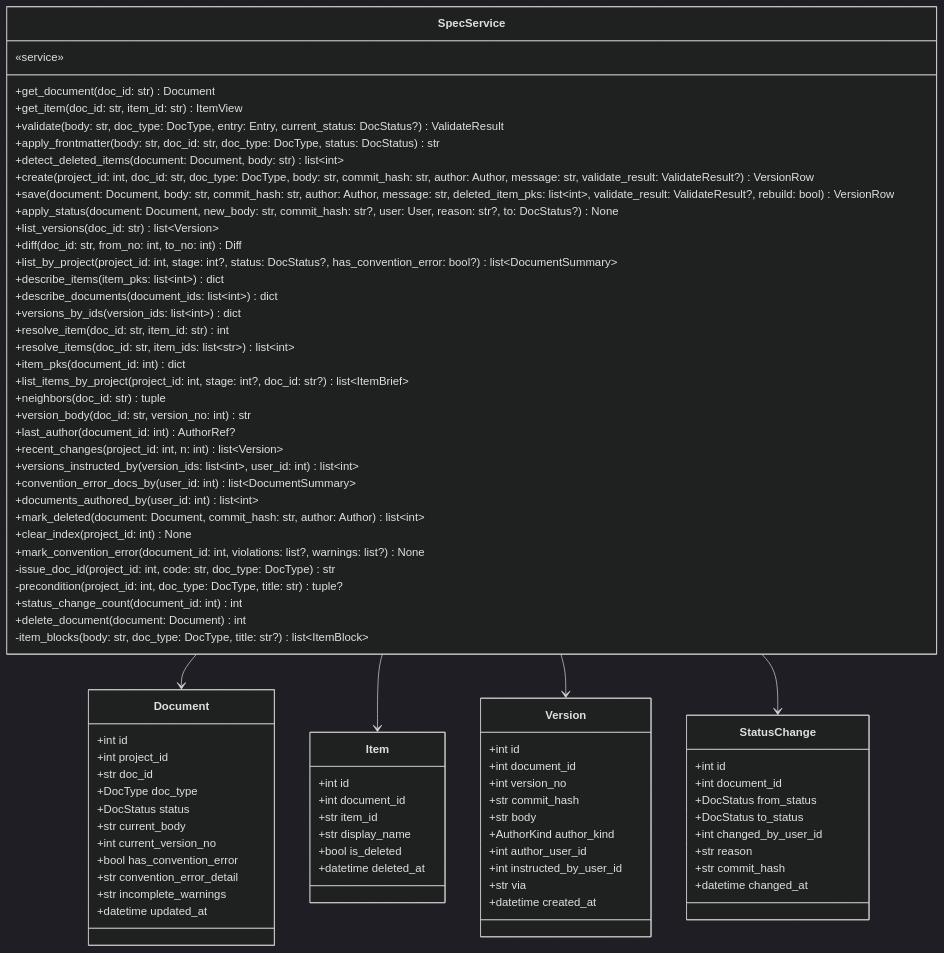
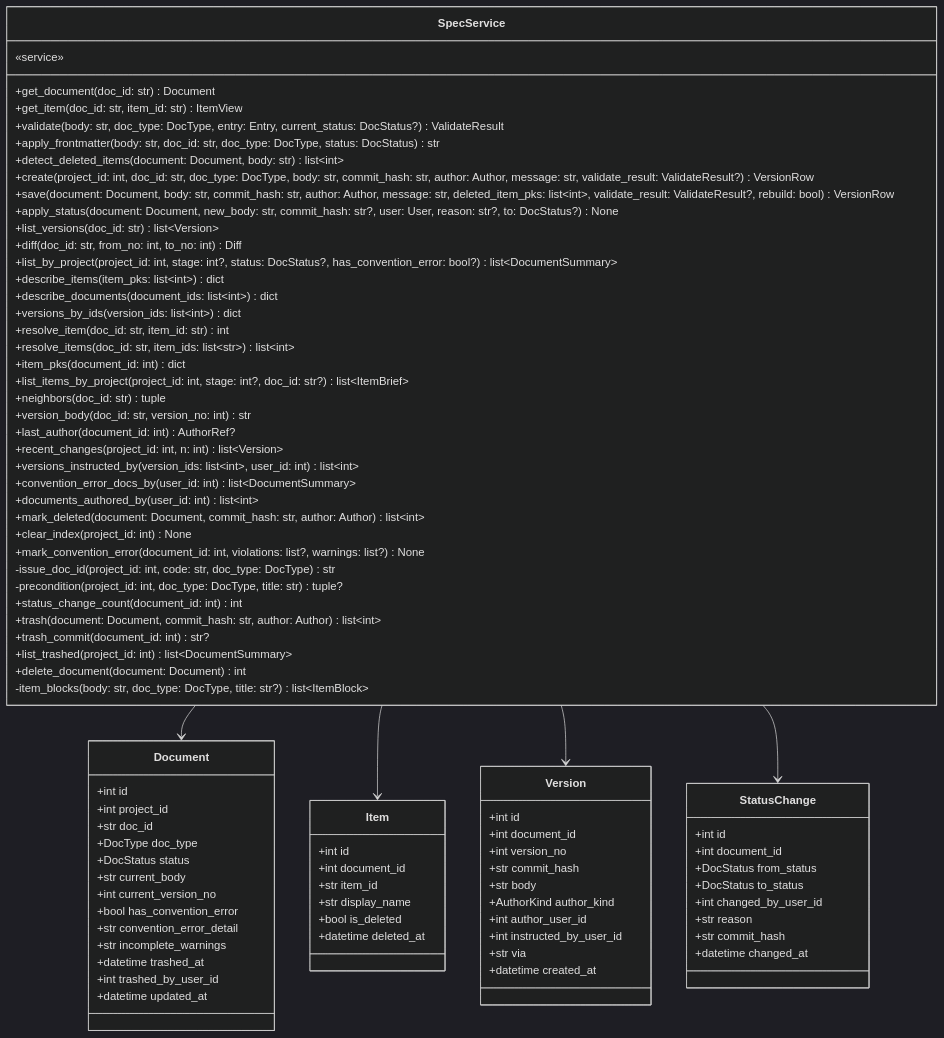
One commit to HoyoungParkme/syncdoc changed diagram 17 of 21 in docs/specs/06-DOM/SYNC-DOM-002.md. Above: the diagram before and after it, drawn with Mermaid (dark theme). The commit also changed other lines of this file and 37 other files, not shown here.

```diff
--- a/docs/specs/06-DOM/SYNC-DOM-002.md
+++ b/docs/specs/06-DOM/SYNC-DOM-002.md
@@ -648,6 +650,9 @@
         -issue_doc_id(project_id: int, code: str, doc_type: DocType) str
         -precondition(project_id: int, doc_type: DocType, title: str) tuple?
         +status_change_count(document_id: int) int
+        +trash(document: Document, commit_hash: str, author: Author) list~int~
+        +trash_commit(document_id: int) str?
+        +list_trashed(project_id: int) list~DocumentSummary~
         +delete_document(document: Document) int
         -item_blocks(body: str, doc_type: DocType, title: str?) list~ItemBlock~
     }
@@ -662,6 +667,8 @@
         +bool has_convention_error
         +str convention_error_detail
         +str incomplete_warnings
+        +datetime trashed_at
+        +int trashed_by_user_id
         +datetime updated_at
     }
     class Item {
```
